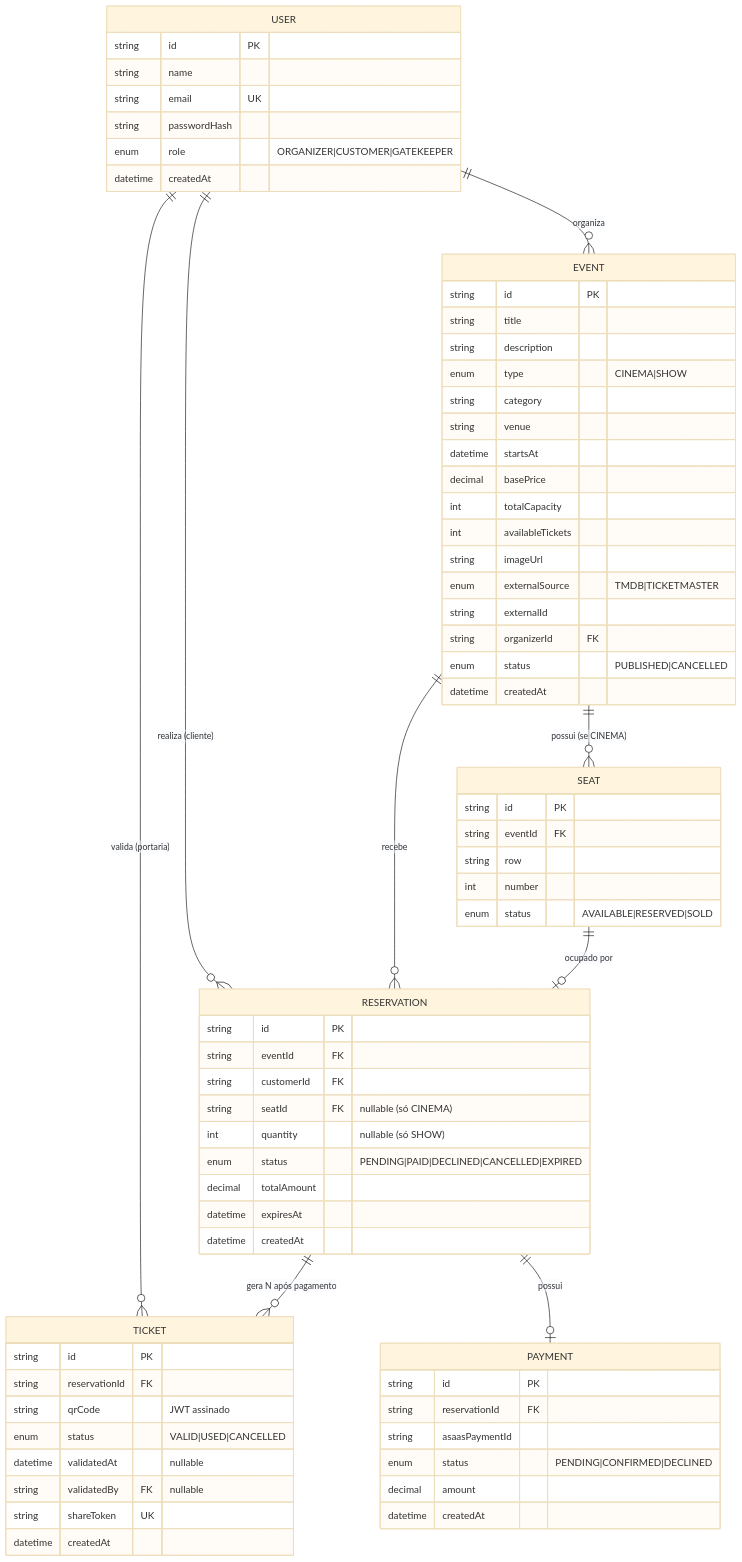
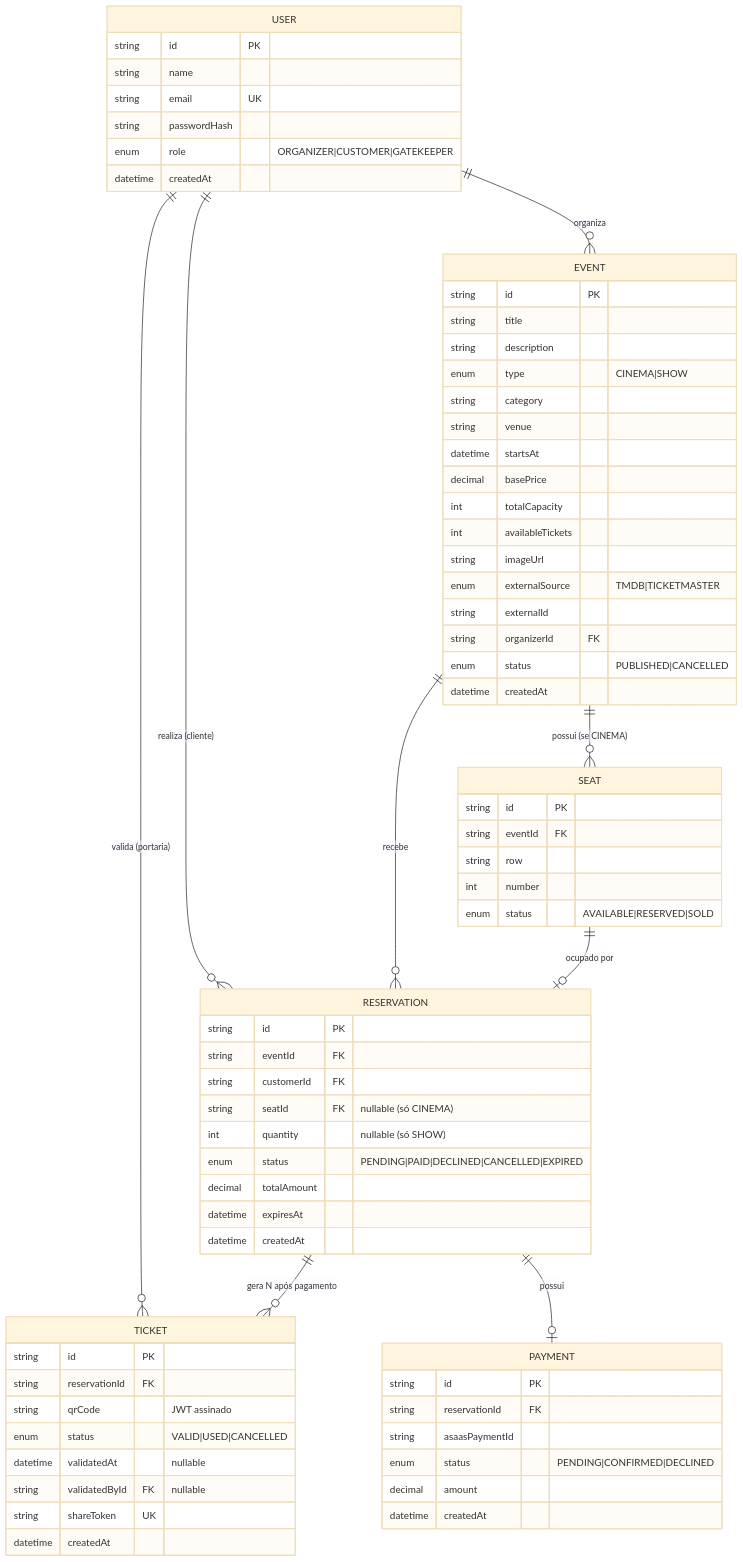
The diagram in docs/SPEC.md (Vinicius-DEV1/plataforma-eventos-e-ingressos-verzel), drawn with Mermaid (base theme) before and after one commit. The commit also changed other lines of this file and 6 other files, not shown here.

````diff
--- a/docs/SPEC.md
+++ b/docs/SPEC.md
@@ -109,79 +109,79 @@
 ```mermaid
 erDiagram
     USER ||--o{ EVENT : "organiza"
     USER ||--o{ RESERVATION : "realiza (cliente)"
     USER ||--o{ TICKET : "valida (portaria)"
     EVENT ||--o{ SEAT : "possui (se CINEMA)"
     EVENT ||--o{ RESERVATION : "recebe"
     SEAT ||--o| RESERVATION : "ocupado por"
     RESERVATION ||--o{ TICKET : "gera N após pagamento"
     RESERVATION ||--o| PAYMENT : "possui"
 
     USER {
         string id PK
         string name
         string email UK
         string passwordHash
         enum role "ORGANIZER|CUSTOMER|GATEKEEPER"
         datetime createdAt
     }
 
     EVENT {
         string id PK
         string title
         string description
         enum type "CINEMA|SHOW"
         string category
         string venue
         datetime startsAt
         decimal basePrice
         int totalCapacity
         int availableTickets
         string imageUrl
         enum externalSource "TMDB|TICKETMASTER"
         string externalId
         string organizerId FK
         enum status "PUBLISHED|CANCELLED"
         datetime createdAt
     }
 
     SEAT {
         string id PK
         string eventId FK
         string row
         int number
         enum status "AVAILABLE|RESERVED|SOLD"
     }
 
     RESERVATION {
         string id PK
         string eventId FK
         string customerId FK
         string seatId FK "nullable (só CINEMA)"
         int quantity "nullable (só SHOW)"
         enum status "PENDING|PAID|DECLINED|CANCELLED|EXPIRED"
         decimal totalAmount
         datetime expiresAt
         datetime createdAt
     }
 
     TICKET {
         string id PK
         string reservationId FK
         string qrCode "JWT assinado"
         enum status "VALID|USED|CANCELLED"
         datetime validatedAt "nullable"
-        string validatedBy FK "nullable"
+        string validatedById FK "nullable"
         string shareToken UK
         datetime createdAt
     }
 
     PAYMENT {
         string id PK
         string reservationId FK
         string asaasPaymentId
         enum status "PENDING|CONFIRMED|DECLINED"
         decimal amount
         datetime createdAt
     }
 ```
````
